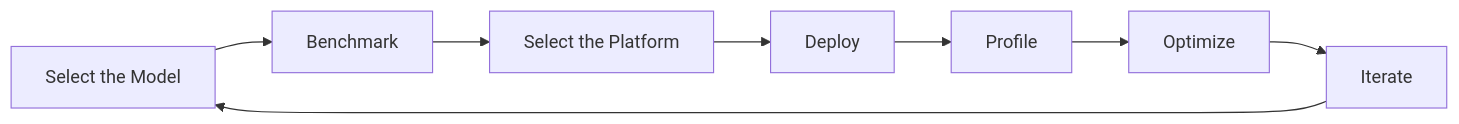
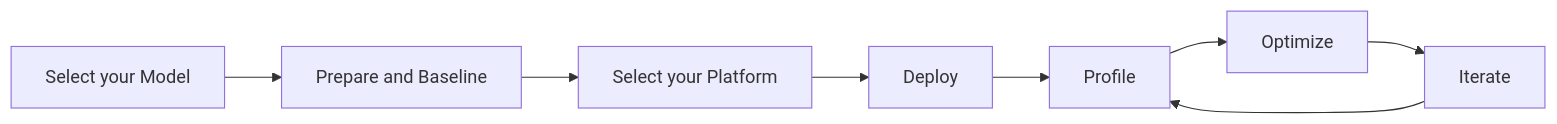
Before and after one commit to afondiel/Edge-AI-Benchmarking: the diagram in README.md, drawn with Mermaid. The commit also changed other lines of this file, not shown here.

````diff
--- a/README.md
+++ b/README.md
@@ -19,10 +19,10 @@
 ```mermaid
    graph LR
-       A[Select the Model]-->B[Benchmark]
-       B-->C[Select the Platform]
+       A[Select your Model]-->B[Prepare and Baseline]
+       B-->C[Select your Platform]
        C-->D[Deploy]
        D-->E[Profile]
        E-->F[Optimize]
        F-->G[Iterate]
-       G-->A
+       G-->E
 ```
````
